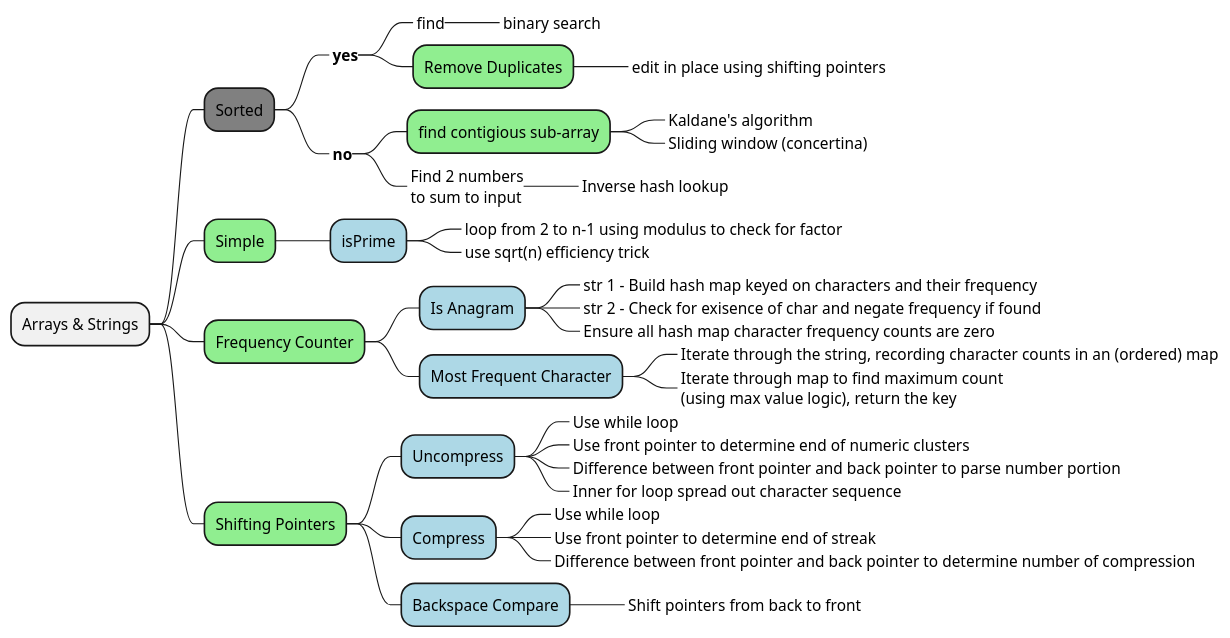
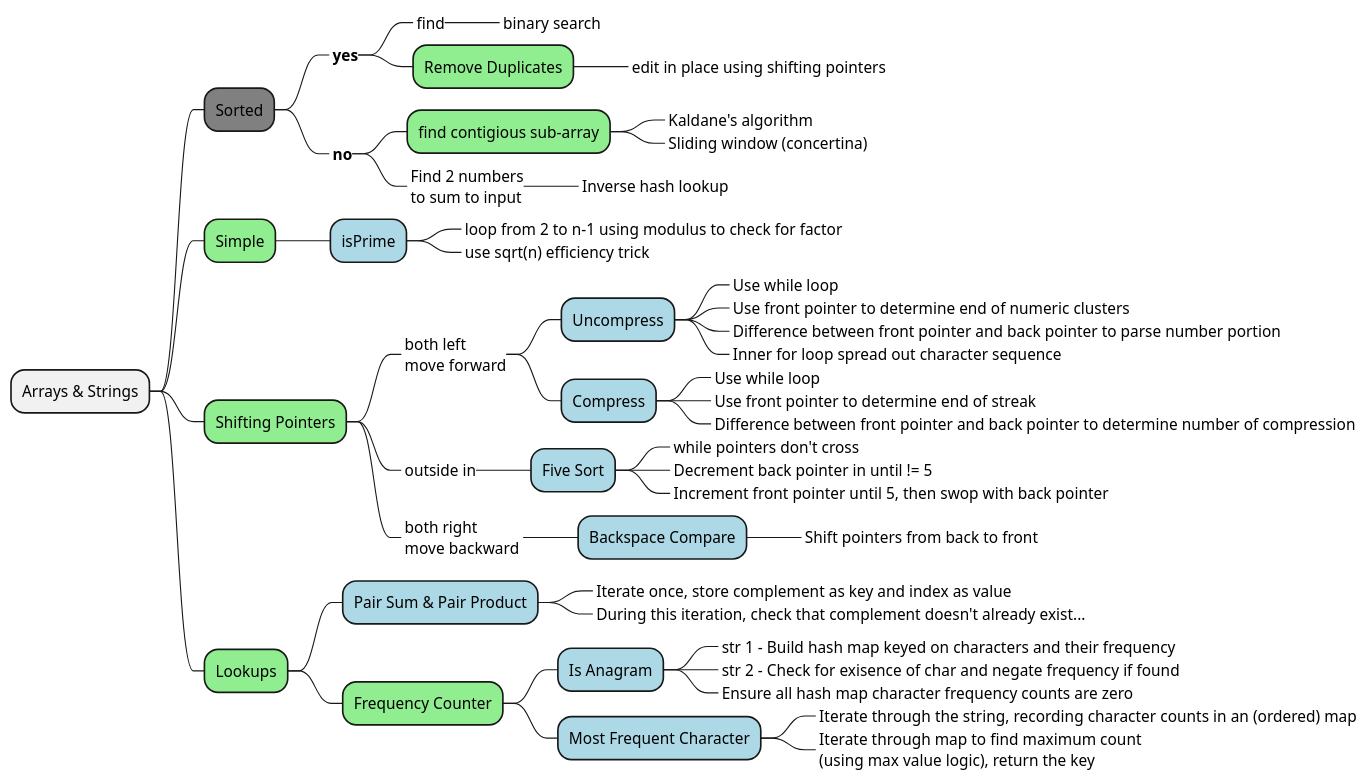
One commit to bobbyache/study-diagrams changed the diagram in alvin/arrays-and-strings.plantuml. Above: the diagram before and after it, drawn with PlantUML.

Commit message:
More work on shifting pointers

```diff
--- a/alvin/arrays-and-strings.plantuml
+++ b/alvin/arrays-and-strings.plantuml
@@ -1,43 +1,57 @@
 @startmindmap
 
 + Arrays & Strings
 ++[#grey] Sorted
 +++_ **yes**
 ++++_ find
 +++++_ binary search
 ++++[#lightgreen] Remove Duplicates
 +++++_ edit in place using shifting pointers
 +++_ **no**
 ++++[#lightgreen] find contigious sub-array
 +++++_ Kaldane's algorithm
 +++++_ Sliding window (concertina)
 ++++_ Find 2 numbers\nto sum to input
 +++++_ Inverse hash lookup
 ++[#lightgreen] Simple
 +++[#lightblue] isPrime
 ++++_ loop from 2 to n-1 using modulus to check for factor
 ++++_ use sqrt(n) efficiency trick
-++[#lightgreen] Frequency Counter
-+++[#lightblue] Is Anagram
-++++_ str 1 - Build hash map keyed on characters and their frequency
-++++_ str 2 - Check for exisence of char and negate frequency if found
-++++_ Ensure all hash map character frequency counts are zero
-+++[#lightblue] Most Frequent Character
-++++_ Iterate through the string, recording character counts in an (ordered) map
-++++_ Iterate through map to find maximum count\n(using max value logic), return the key
 
 ++[#lightgreen] Shifting Pointers
-+++[#lightblue] Uncompress
-++++_ Use while loop
-++++_ Use front pointer to determine end of numeric clusters
-++++_ Difference between front pointer and back pointer to parse number portion
-++++_ Inner for loop spread out character sequence
-+++[#lightblue] Compress
-++++_ Use while loop
-++++_ Use front pointer to determine end of streak
-++++_ Difference between front pointer and back pointer to determine number of compression
-+++[#lightblue] Backspace Compare
-++++_ Shift pointers from back to front
++++_ both left\nmove forward
+++++[#lightblue] Uncompress
++++++_ Use while loop
++++++_ Use front pointer to determine end of numeric clusters
++++++_ Difference between front pointer and back pointer to parse number portion
++++++_ Inner for loop spread out character sequence
+++++[#lightblue] Compress
++++++_ Use while loop
++++++_ Use front pointer to determine end of streak
++++++_ Difference between front pointer and back pointer to determine number of compression
++++_ outside in
+++++[#lightblue] Five Sort
++++++_ while pointers don't cross
++++++_ Decrement back pointer in until != 5
++++++_ Increment front pointer until 5, then swop with back pointer
++++_ both right\nmove backward 
+++++[#lightblue] Backspace Compare
++++++_ Shift pointers from back to front
+
+++[#lightgreen] Lookups
++++[#lightblue] Pair Sum & Pair Product
+++++_ Iterate once, store complement as key and index as value
+++++_ During this iteration, check that complement doesn't already exist...
+
++++[#lightgreen] Frequency Counter
+++++[#lightblue] Is Anagram
++++++_ str 1 - Build hash map keyed on characters and their frequency
++++++_ str 2 - Check for exisence of char and negate frequency if found
++++++_ Ensure all hash map character frequency counts are zero
+++++[#lightblue] Most Frequent Character
++++++_ Iterate through the string, recording character counts in an (ordered) map
++++++_ Iterate through map to find maximum count\n(using max value logic), return the key
+
 
 
 @endmindmap
```
